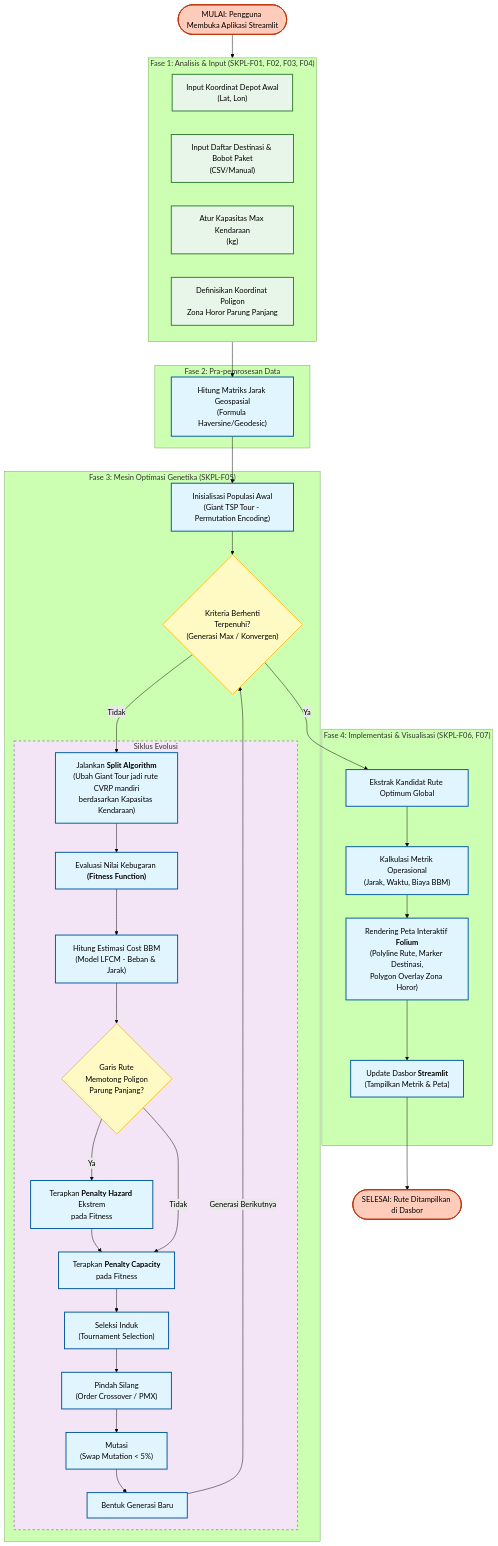
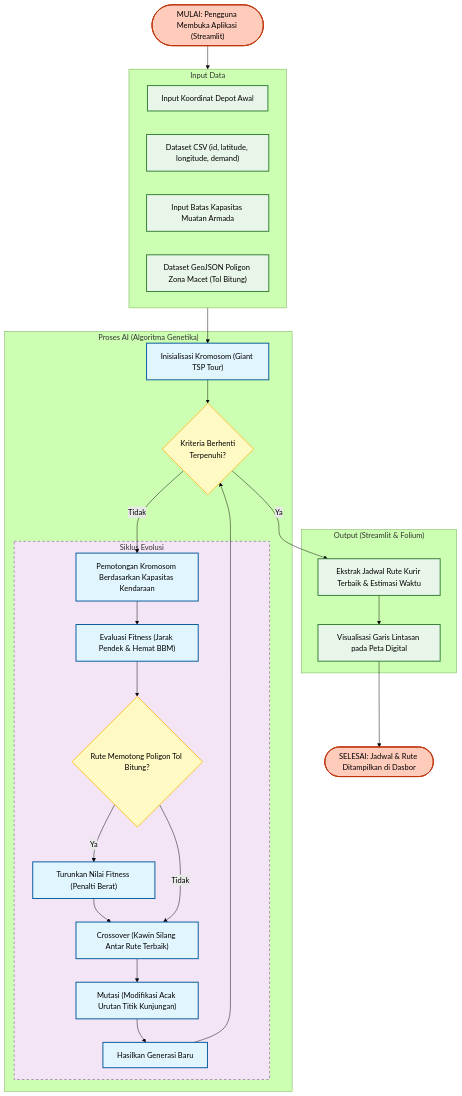
One commit to TsukiSumeragi/AI changed the first of 3 diagrams in README.md. Above: the diagram before and after it, drawn with Mermaid (forest theme).

````diff
--- a/README.md
+++ b/README.md
@@ -3,84 +3,61 @@
 ```mermaid
 graph TD
     %% --- Start/End Nodes ---
-    Start(["MULAI: Pengguna Membuka Aplikasi Streamlit"])
-    End(["SELESAI: Rute Ditampilkan di Dasbor"])
+    Start(["MULAI: Pengguna Membuka Aplikasi (Streamlit)"])
+    End(["SELESAI: Jadwal & Rute Ditampilkan di Dasbor"])
 
-    %% --- Input/Output Sections ---
-    subgraph Input_Data ["Fase 1: Analisis & Input (SKPL-F01, F02, F03, F04)"]
-        InputDepot["<center>Input Koordinat Depot Awal<br/>(Lat, Lon)</center>"]
-        InputDest["<center>Input Daftar Destinasi & Bobot Paket<br/>(CSV/Manual)</center>"]
-        InputVehCap["<center>Atur Kapasitas Max Kendaraan<br/>(kg)</center>"]
-        InputHazard["<center>Definisikan Koordinat Poligon<br/>Zona Horor Parung Panjang</center>"]
+    %% --- Input Sections ---
+    subgraph Input_Data ["Input Data"]
+        InputDepot["Input Koordinat Depot Awal"]
+        InputDest["Dataset CSV (id, latitude, longitude, demand)"]
+        InputVehCap["Input Batas Kapasitas Muatan Armada"]
+        InputHazard["Dataset GeoJSON Poligon Zona Macet (Tol Bitung)"]
     end
 
-    %% --- Process Section - Pre-Processing ---
-    subgraph Pre_Processing ["Fase 2: Pra-pemrosesan Data"]
-        CalcMatrix["<center>Hitung Matriks Jarak Geospasial<br/>(Formula Haversine/Geodesic)</center>"]
-    end
-
-    %% --- Process Section - Core AI (GA) ---
-    subgraph GA_Engine ["Fase 3: Mesin Optimasi Genetika (SKPL-F05)"]
-        InitPop["<center>Inisialisasi Populasi Awal<br/>(Giant TSP Tour - Permutation Encoding)</center>"]
-        GenLimit{"Kriteria Berhenti<br/>Terpenuhi?<br/>(Generasi Max / Konvergen)"}
+    %% --- Process Section - Core AI (DEAP) ---
+    subgraph GA_Engine ["Proses AI (Algoritma Genetika)"]
+        InitPop["Inisialisasi Kromosom (Giant TSP Tour)"]
+        GenLimit{"Kriteria Berhenti<br/>Terpenuhi?"}
         
         subgraph GA_Loop ["Siklus Evolusi"]
-            %% Split & CVRP handling
-            SplitAlg["<center>Jalankan <b>Split Algorithm</b><br/>(Ubah Giant Tour jadi rute CVRP mandiri<br/>berdasarkan Kapasitas Kendaraan)</center>"]
-            
-            %% Fitness Evaluation including Penalties
-            EvalFitness["<center>Evaluasi Nilai Kebugaran <b>(Fitness Function)</b></center>"]
-            CalcFuel["<center>Hitung Estimasi Cost BBM<br/>(Model LFCM - Beban & Jarak)</center>"]
-            CheckHazard{"Garis Rute<br/>Memotong Poligon<br/>Parung Panjang?"}
-            
-            %% Penalty Application
-            AddPenaltyQ["<center>Terapkan <b>Penalty Capacity</b><br/>pada Fitness</center>"]
-            AddPenaltyH["<center>Terapkan <b>Penalty Hazard</b> Ekstrem<br/>pada Fitness</center>"]
-            
-            %% Genetic Operators
-            SelectParents["<center>Seleksi Induk<br/>(Tournament Selection)</center>"]
-            CrossoverOp["<center>Pindah Silang<br/>(Order Crossover / PMX)</center>"]
-            MutationOp["<center>Mutasi<br/>(Swap Mutation &lt; 5%)</center>"]
-            CreateOffspring["<center>Bentuk Generasi Baru</center>"]
+            SplitAlg["Pemotongan Kromosom Berdasarkan Kapasitas Kendaraan"]
+            EvalFitness["Evaluasi Fitness (Jarak Pendek & Hemat BBM)"]
+            CheckHazard{"Rute Memotong Poligon Tol Bitung?"}
+            AddPenaltyH["Turunkan Nilai Fitness (Penalti Berat)"]
+            CrossoverOp["Crossover (Kawin Silang Antar Rute Terbaik)"]
+            MutationOp["Mutasi (Modifikasi Acak Urutan Titik Kunjungan)"]
+            CreateOffspring["Hasilkan Generasi Baru"]
         end
     end
 
     %% --- Output/Visualization Section ---
-    subgraph Output_Vis ["Fase 4: Implementasi & Visualisasi (SKPL-F06, F07)"]
-        GetBestR["<center>Ekstrak Kandidat Rute Optimum Global</center>"]
-        ExtMetrics["<center>Kalkulasi Metrik Operasional<br/>(Jarak, Waktu, Biaya BBM)</center>"]
-        RenderMap["<center>Rendering Peta Interaktif <b>Folium</b><br/>(Polyline Rute, Marker Destinasi,<br/>Polygon Overlay Zona Horor)</center>"]
-        UpdateDash["<center>Update Dasbor <b>Streamlit</b><br/>(Tampilkan Metrik & Peta)</center>"]
+    subgraph Output_Vis ["Output (Streamlit & Folium)"]
+        GetBestR["Ekstrak Jadwal Rute Kurir Terbaik & Estimasi Waktu"]
+        RenderMap["Visualisasi Garis Lintasan pada Peta Digital"]
     end
 
     %% --- Connectors ---
     Start --> Input_Data
-    Input_Data --> CalcMatrix
-    CalcMatrix --> InitPop
+    Input_Data --> InitPop
     InitPop --> GenLimit
     
     %% Loop Logic
     GenLimit -- Tidak --> SplitAlg
     SplitAlg --> EvalFitness
-    EvalFitness --> CalcFuel
-    CalcFuel --> CheckHazard
+    EvalFitness --> CheckHazard
     CheckHazard -- Ya --> AddPenaltyH
-    AddPenaltyH --> AddPenaltyQ
-    CheckHazard -- Tidak --> AddPenaltyQ
-    AddPenaltyQ --> SelectParents
-    SelectParents --> CrossoverOp
+    AddPenaltyH --> CrossoverOp
+    CheckHazard -- Tidak --> CrossoverOp
     CrossoverOp --> MutationOp
     MutationOp --> CreateOffspring
-    CreateOffspring -- "Generasi Berikutnya" --> GenLimit
+    CreateOffspring --> GenLimit
     
     %% Termination Logic
     GenLimit -- Ya --> GetBestR
-    GetBestR --> ExtMetrics
-    ExtMetrics --> RenderMap
-    RenderMap --> UpdateDash
-    UpdateDash --> End
+    GetBestR --> RenderMap
+    RenderMap --> End
 
-    %% Styling for clarity
+    %% Styling
     classDef process fill:#e1f5fe,stroke:#01579b,stroke-width:2px;
     classDef decision fill:#fff9c4,stroke:#fbc02d,stroke-width:2px;
     classDef inputout fill:#e8f5e9,stroke:#2e7d32,stroke-width:2px;
@@ -88,8 +65,8 @@
     classDef startend fill:#ffccbc,stroke:#bf360c,stroke-width:2px,rx:10,ry:10;
 
     class Start,End startend;
-    class InputDepot,InputDest,InputVehCap,InputHazard inputout;
-    class CalcMatrix,InitPop,SplitAlg,EvalFitness,CalcFuel,AddPenaltyQ,AddPenaltyH,SelectParents,CrossoverOp,MutationOp,CreateOffspring,GetBestR,ExtMetrics,RenderMap,UpdateDash process;
+    class InputDepot,InputDest,InputVehCap,InputHazard,GetBestR,RenderMap inputout;
+    class InitPop,SplitAlg,EvalFitness,AddPenaltyH,CrossoverOp,MutationOp,CreateOffspring process;
     class GenLimit,CheckHazard decision;
     class GA_Loop loopsub;
 ```
````
